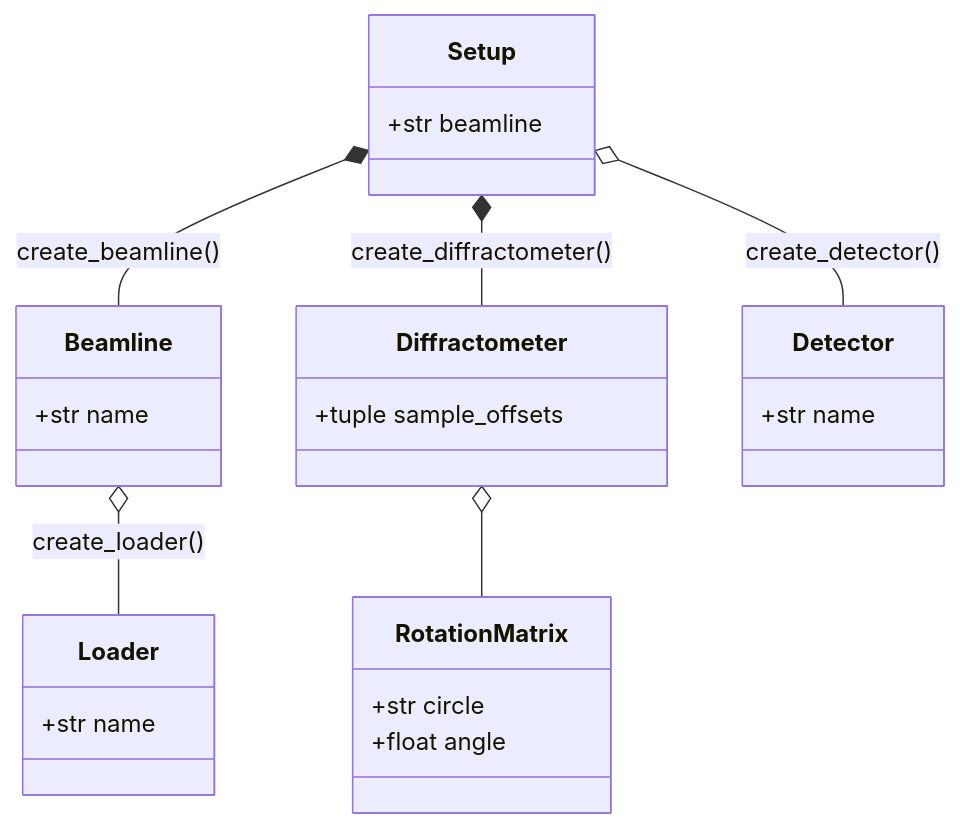
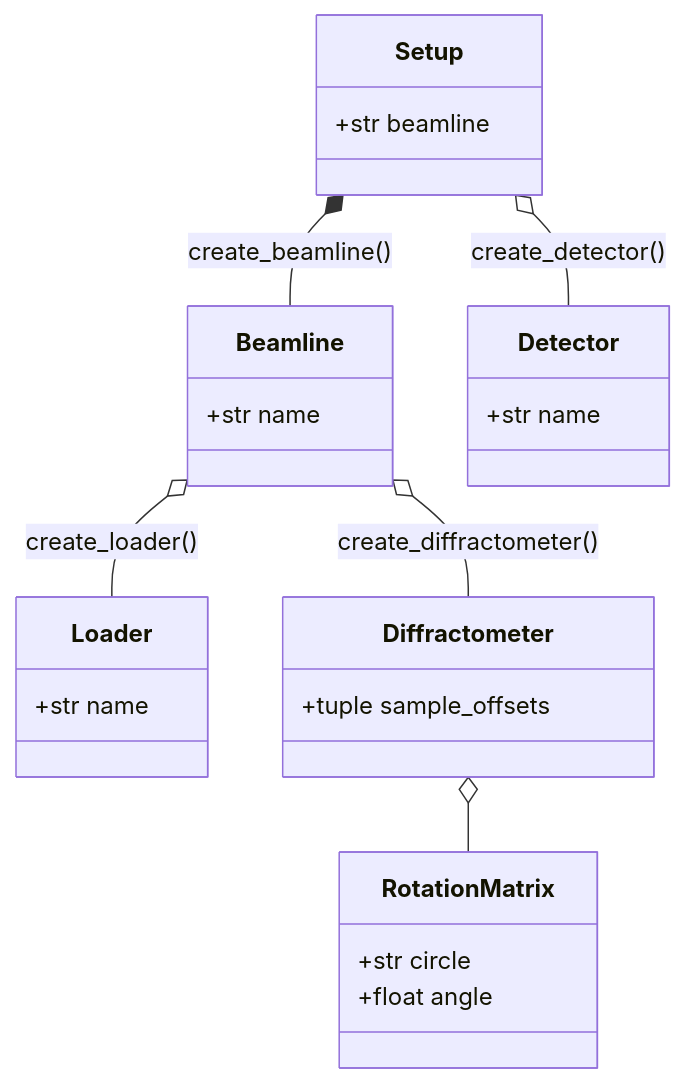
Before and after one commit to carnisj/bcdi: the first of 5 diagrams in doc/modules/experiment/index.rst, drawn with Mermaid.

Commit message:
update class diagram

```diff
--- a/doc/modules/experiment/index.rst
+++ b/doc/modules/experiment/index.rst
@@ -18,28 +18,28 @@
 .. mermaid::
   :align: center
 
   classDiagram
     class Setup{
       +str beamline
   }
     class Beamline{
       +str name
   }
     class Loader{
       +str name
   }
     class Diffractometer{
       +tuple sample_offsets
   }
     class Detector{
       +str name
   }
     class RotationMatrix{
       +str circle
       +float angle
   }
     Setup *-- Beamline : create_beamline()
-    Setup *-- Diffractometer : create_diffractometer()
     Setup o-- Detector : create_detector()
+    Beamline o-- Diffractometer : create_diffractometer()
     Beamline o-- Loader : create_loader()
     Diffractometer o-- RotationMatrix
```
